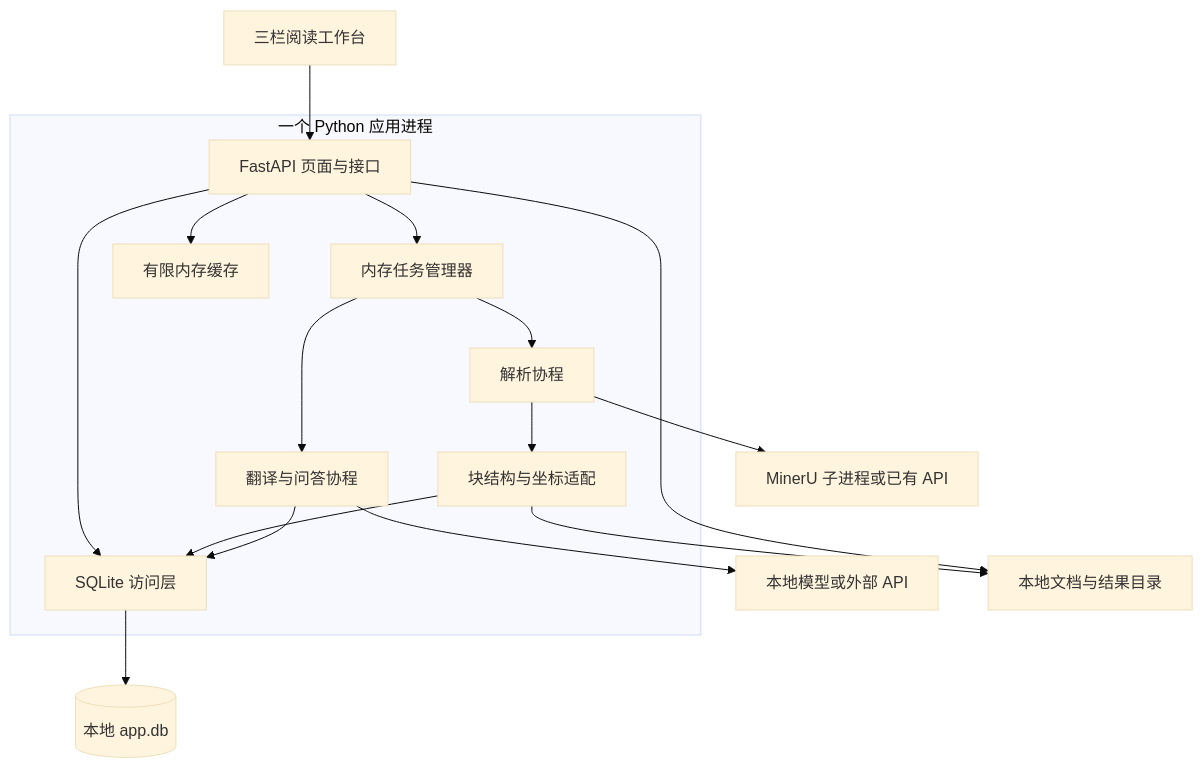
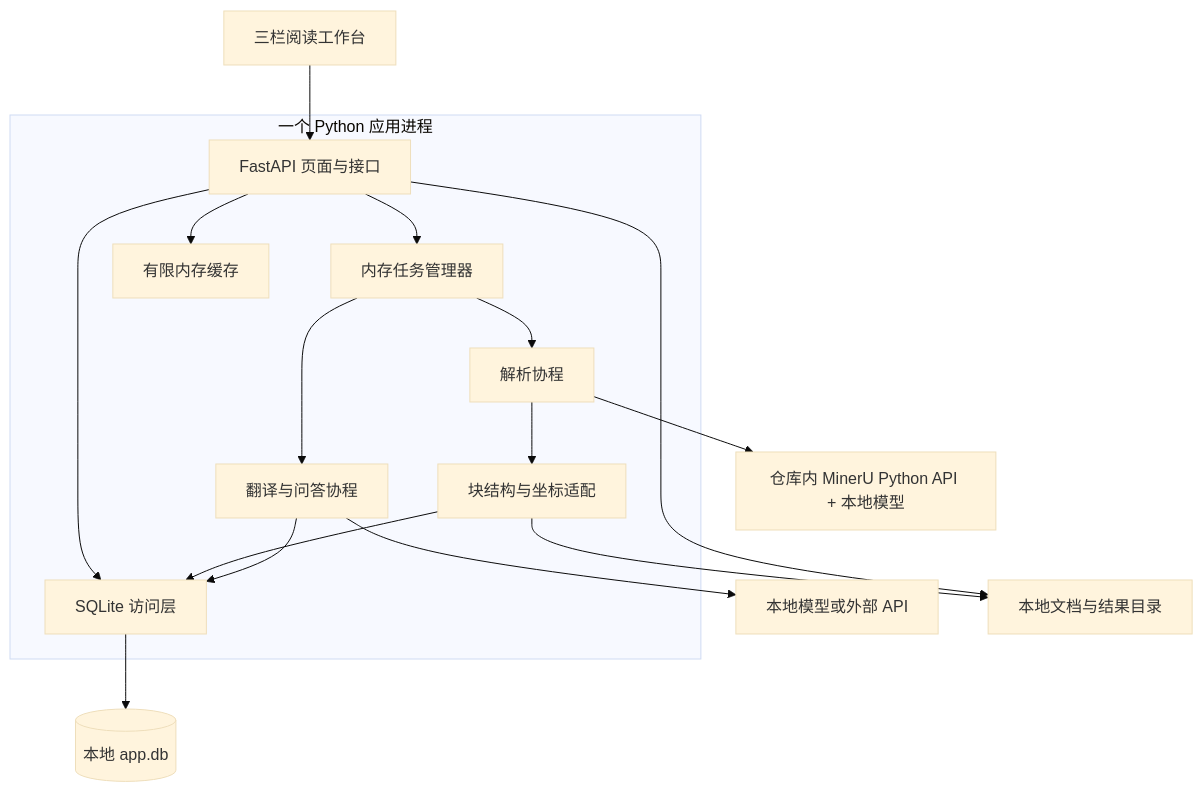
Before and after one commit to QWERDF007/EasyLearn: the diagram in docs/FastAPI_MinerU轻量完整开发方案_v3.md, drawn with Mermaid (base theme). The commit also changed other lines of this file and 21 other files, not shown here.

````diff
--- a/docs/FastAPI_MinerU轻量完整开发方案_v3.md
+++ b/docs/FastAPI_MinerU轻量完整开发方案_v3.md
@@ -71,19 +71,19 @@
 ```mermaid
 flowchart TD
     UI[三栏阅读工作台] --> WEB[FastAPI 页面与接口]
     subgraph APP[一个 Python 应用进程]
         WEB --> TM[内存任务管理器]
         WEB --> DB[SQLite 访问层]
         WEB --> CACHE[有限内存缓存]
         TM --> PARSE[解析协程]
         TM --> GEN[翻译与问答协程]
         PARSE --> IR[块结构与坐标适配]
         IR --> DB
         GEN --> DB
     end
-    PARSE --> MINER[MinerU 子进程或已有 API]
+    PARSE --> MINER[仓库内 MinerU Python API + 本地模型]
     GEN --> LLM[本地模型或外部 API]
     DB --> SQLITE[(本地 app.db)]
     IR --> FILES[本地文档与结果目录]
     WEB --> FILES
 ```
````
